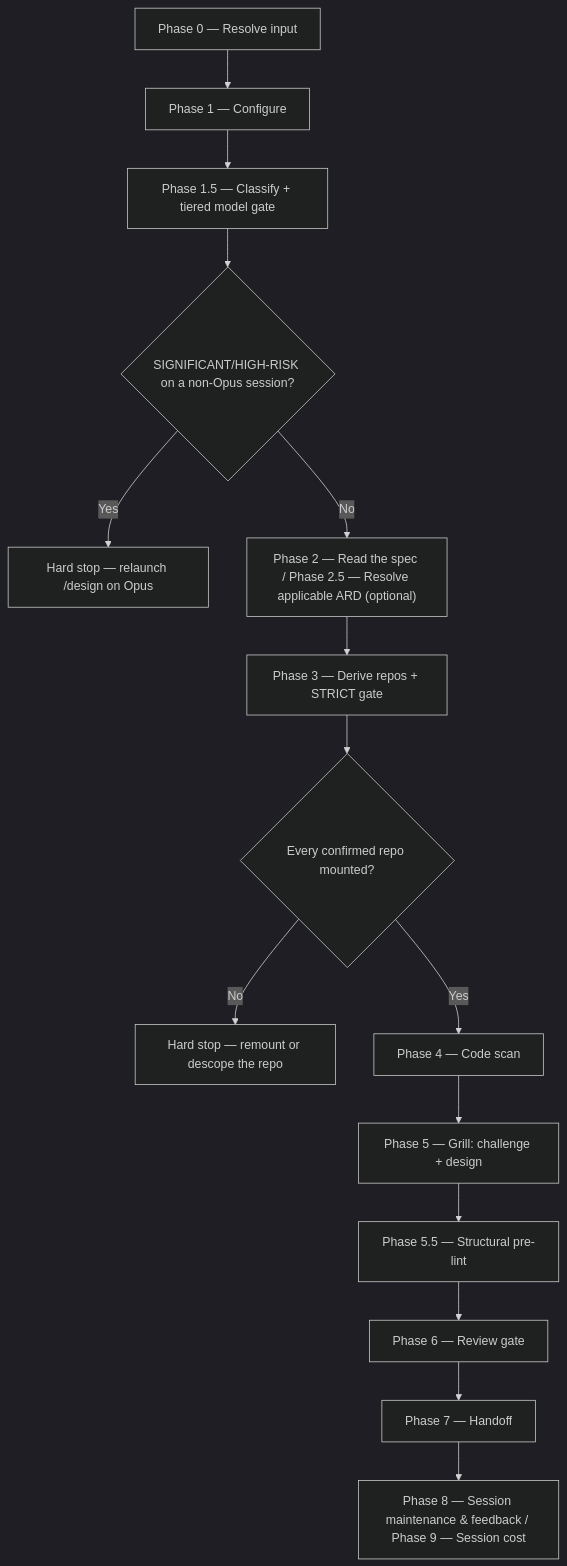
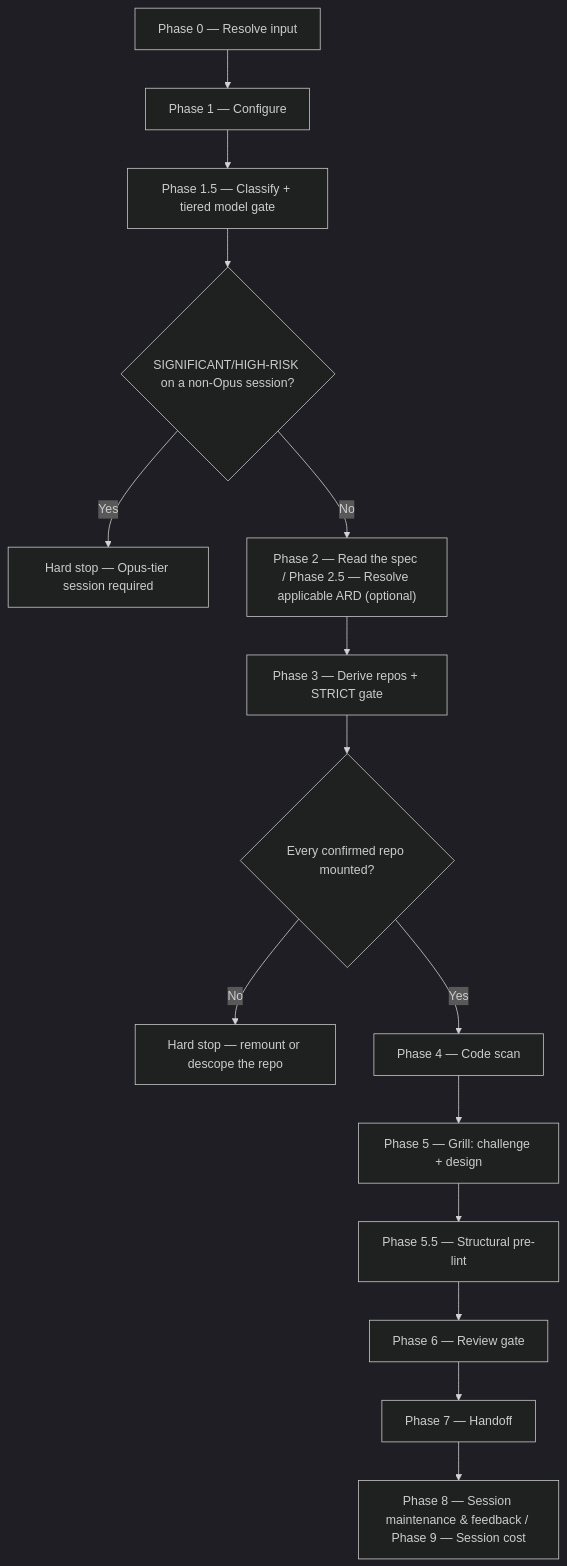
Before and after one commit to ihudak/ihudak-claude-plugins: the diagram in plugins/dev-workflows/docs/commands/design.md, drawn with Mermaid (dark theme). The commit also changed other lines of this file and 10 other files, not shown here.

````diff
--- a/plugins/dev-workflows/docs/commands/design.md
+++ b/plugins/dev-workflows/docs/commands/design.md
@@ -23,17 +23,17 @@
 ```mermaid
 flowchart TD
     p0["Phase 0 — Resolve input"] --> p1["Phase 1 — Configure"]
     p1 --> p15["Phase 1.5 — Classify + tiered model gate"]
     p15 --> d1{"SIGNIFICANT/HIGH-RISK on a non-Opus session?"}
-    d1 -->|Yes| stop1["Hard stop — relaunch /design on Opus"]
+    d1 -->|Yes| stop1["Hard stop — Opus-tier session required"]
     d1 -->|No| p2["Phase 2 — Read the spec / Phase 2.5 — Resolve applicable ARD (optional)"]
     p2 --> p3["Phase 3 — Derive repos + STRICT gate"]
     p3 --> d2{"Every confirmed repo mounted?"}
     d2 -->|No| stop2["Hard stop — remount or descope the repo"]
     d2 -->|Yes| p4["Phase 4 — Code scan"]
     p4 --> p5["Phase 5 — Grill: challenge + design"]
     p5 --> p55["Phase 5.5 — Structural pre-lint"]
     p55 --> p6["Phase 6 — Review gate"]
     p6 --> p7["Phase 7 — Handoff"]
     p7 --> p89["Phase 8 — Session maintenance & feedback / Phase 9 — Session cost"]
 ```
````
